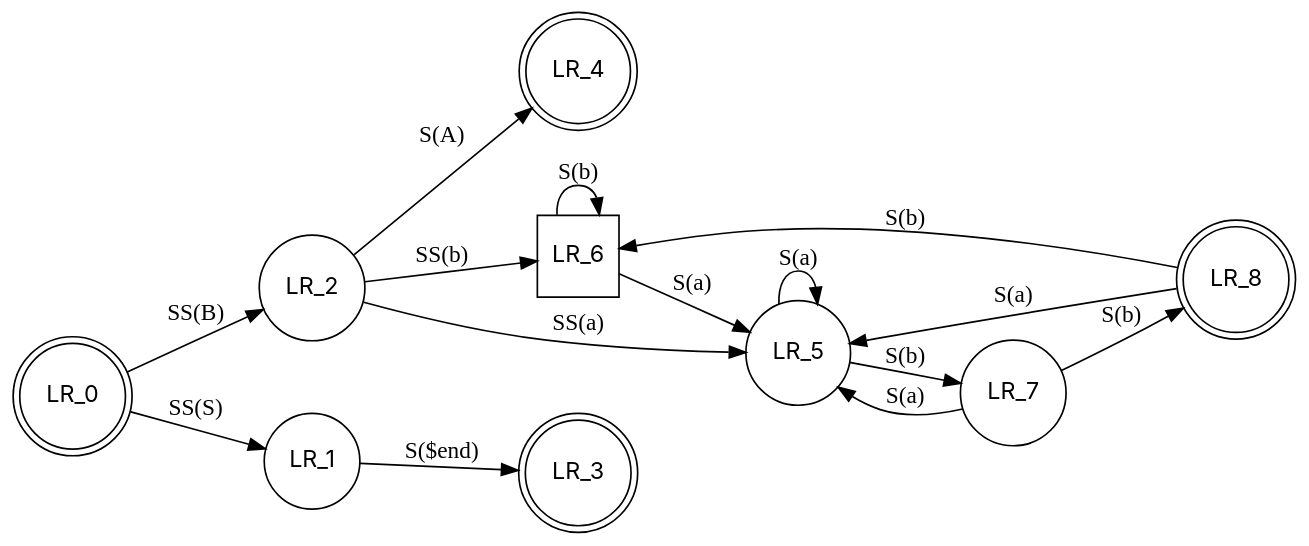
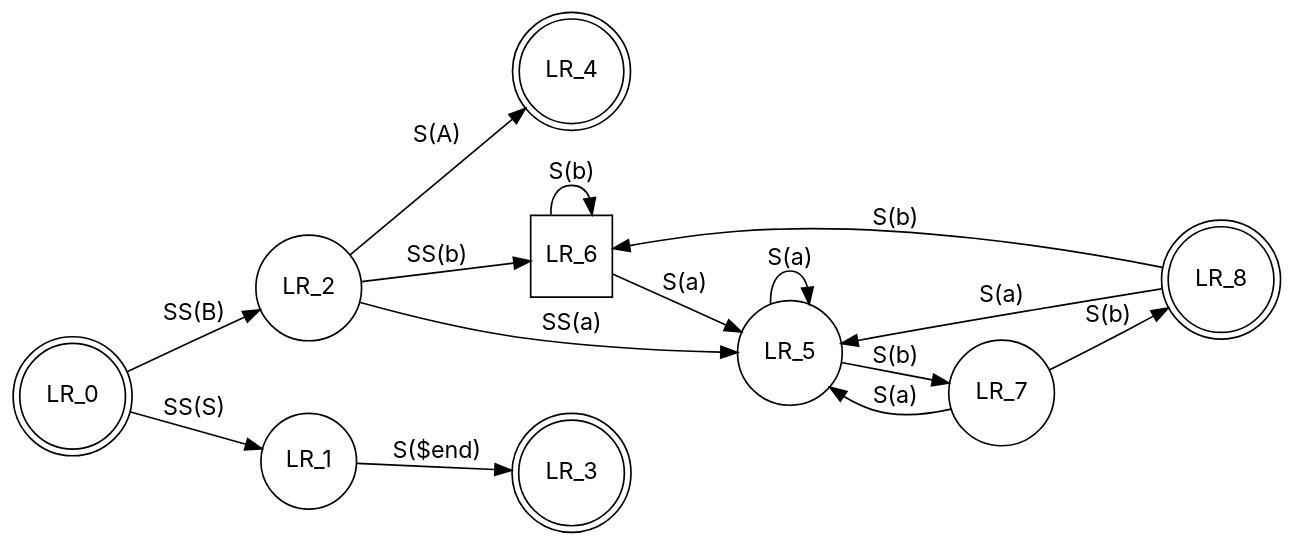
One commit to rsms/graphviz changed the diagram in docs/examples/fsm.dot. Above: the diagram before and after it, drawn with Graphviz.

```diff
--- a/docs/examples/fsm.dot
+++ b/docs/examples/fsm.dot
@@ -1,23 +1,24 @@
 digraph finite_state_machine {
   rankdir=LR
   bgcolor=transparent
   node [fontname=Inter]
+  edge [fontname=Inter]
   node [shape = doublecircle] LR_0 LR_3 LR_4 LR_8
   node [shape = square] LR_6
   node [shape = circle]
 
   LR_0 -> LR_2 [ label = "SS(B)" ]
   LR_0 -> LR_1 [ label = "SS(S)" ]
   LR_1 -> LR_3 [ label = "S($end)" ]
   LR_2 -> LR_6 [ label = "SS(b)" ]
   LR_2 -> LR_5 [ label = "SS(a)" ]
   LR_2 -> LR_4 [ label = "S(A)" ]
   LR_5 -> LR_7 [ label = "S(b)" ]
   LR_5 -> LR_5 [ label = "S(a)" ]
   LR_6 -> LR_6 [ label = "S(b)" ]
   LR_6 -> LR_5 [ label = "S(a)" ]
   LR_7 -> LR_8 [ label = "S(b)" ]
   LR_7 -> LR_5 [ label = "S(a)" ]
   LR_8 -> LR_6 [ label = "S(b)" ]
   LR_8 -> LR_5 [ label = "S(a)" ]
 }
```
